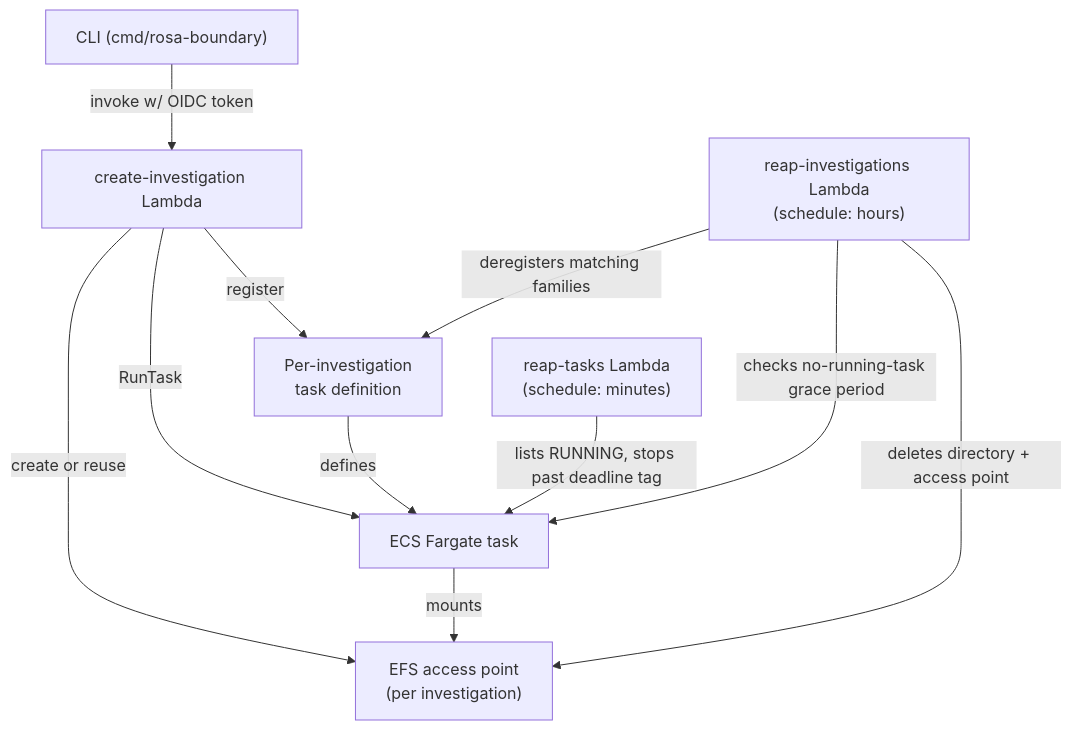
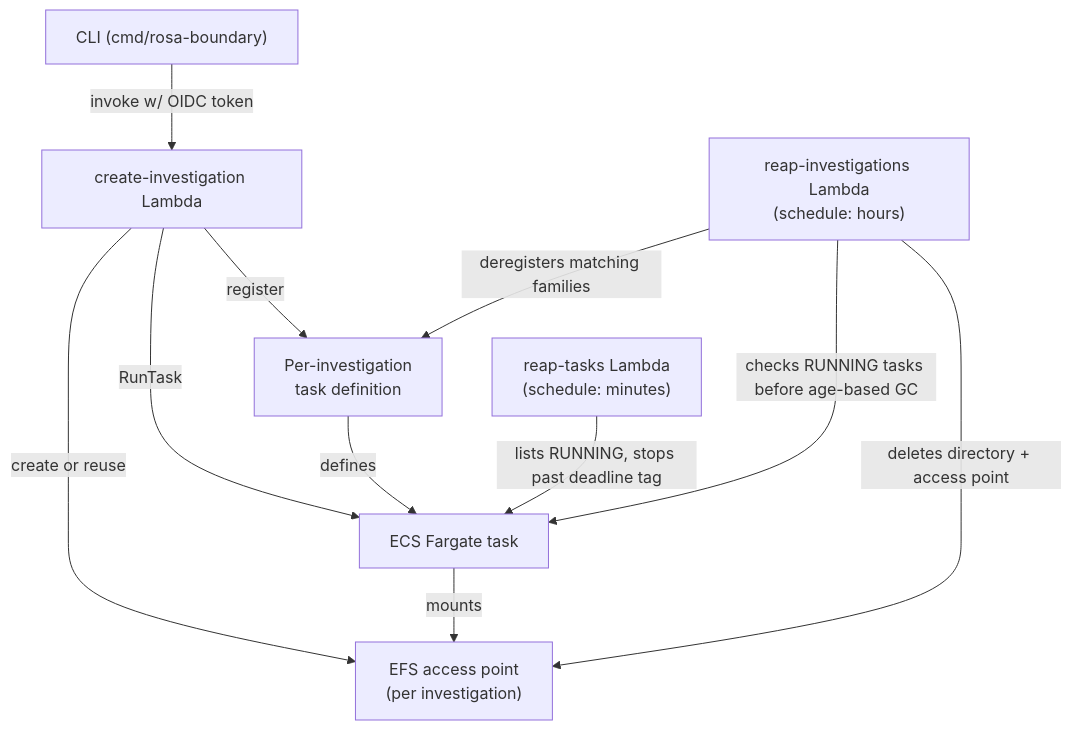
The diagram in openwiki/architecture/system-overview.md (geowa4/rosa-boundary), drawn with Mermaid before and after one commit. The commit also changed other lines of this file and 19 other files, not shown here.

````diff
--- a/openwiki/architecture/system-overview.md
+++ b/openwiki/architecture/system-overview.md
@@ -51,21 +57,21 @@
 ```mermaid
 flowchart TD
     CLI["CLI (cmd/rosa-boundary)"]
     CreateLambda["create-investigation Lambda"]
     ECS["ECS Fargate task"]
     EFS["EFS access point\n(per investigation)"]
     TaskDef["Per-investigation\ntask definition"]
     ReapTasks["reap-tasks Lambda\n(schedule: minutes)"]
     ReapInv["reap-investigations Lambda\n(schedule: hours)"]
 
     CLI -- "invoke w/ OIDC token" --> CreateLambda
     CreateLambda -- "create or reuse" --> EFS
     CreateLambda -- "register" --> TaskDef
     CreateLambda -- "RunTask" --> ECS
     ECS -- "mounts" --> EFS
     TaskDef -- "defines" --> ECS
     ReapTasks -- "lists RUNNING, stops past deadline tag" --> ECS
-    ReapInv -- "checks no-running-task grace period" --> ECS
+    ReapInv -- "checks RUNNING tasks before age-based GC" --> ECS
     ReapInv -- "deletes directory + access point" --> EFS
     ReapInv -- "deregisters matching families" --> TaskDef
 ```
````
